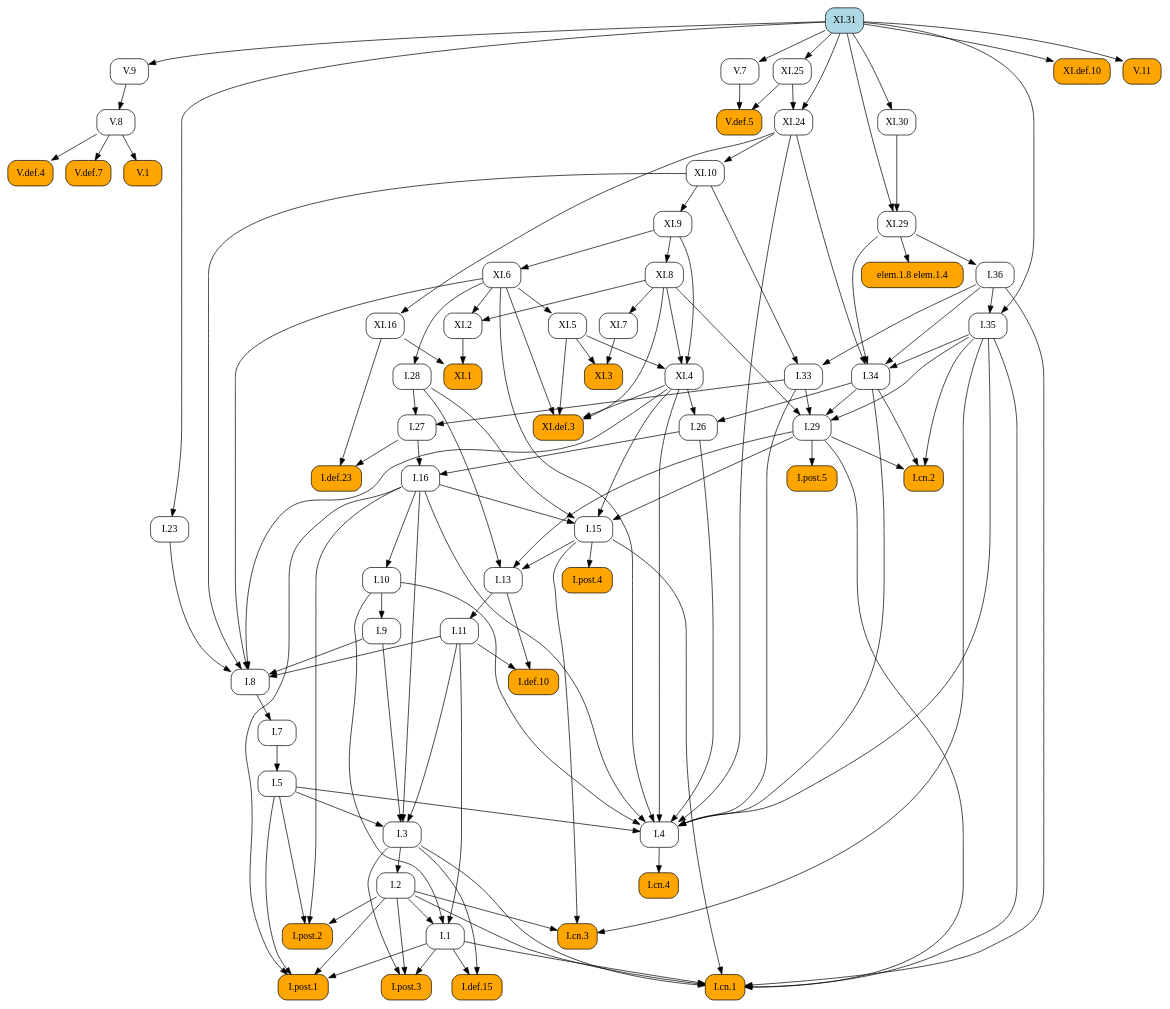
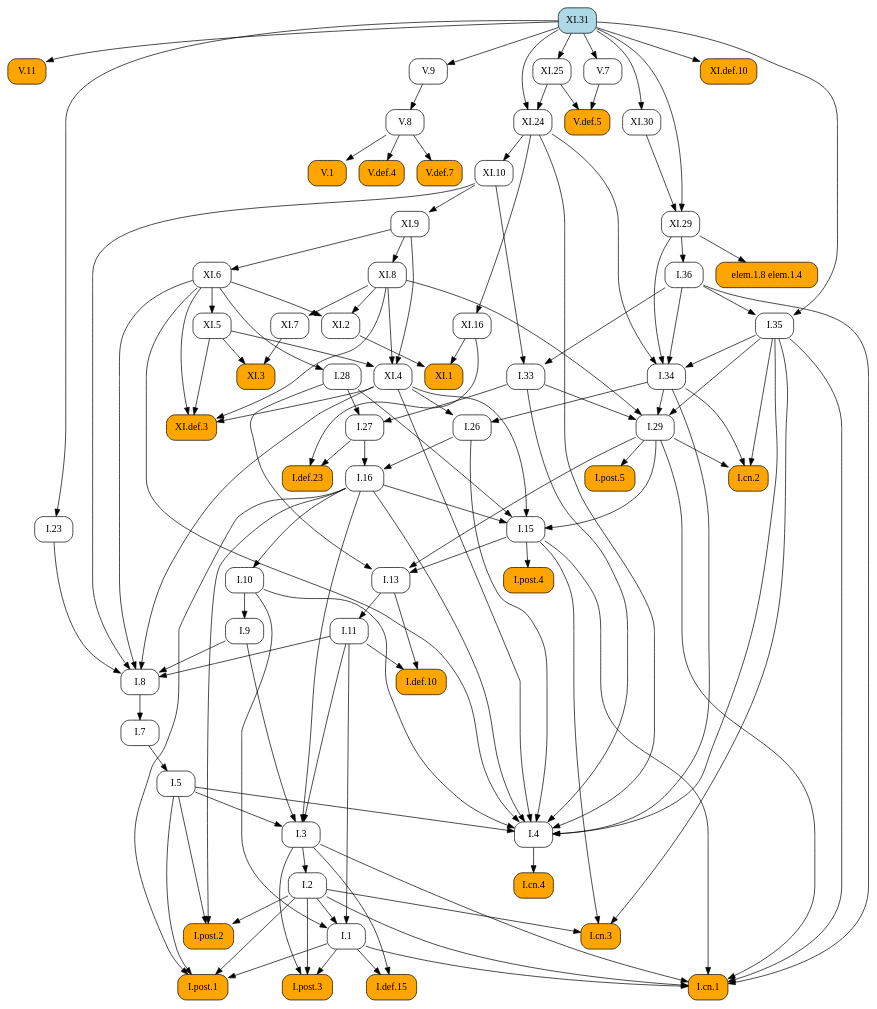
Before and after one commit to geometor/elements: the diagram in docsrc/heath/XI/31/index.rst, drawn with Graphviz. The commit also changed other lines of this file and 1029 other files, not shown here.

```diff
--- a/docsrc/heath/XI/31/index.rst
+++ b/docsrc/heath/XI/31/index.rst
@@ -70,131 +70,143 @@
    digraph {
      rankdir="TB";
      node [shape=box, style=rounded];
+     "I.def.10" [style="rounded,filled", fillcolor=orange, URL="/heath/I/def.10/", target="_top"];
+     "I.11" [URL="/heath/I/11/", target="_top"];
+     "I.post.4" [style="rounded,filled", fillcolor=orange, URL="/heath/I/post.4/", target="_top"];
+     "I.1" [URL="/heath/I/1/", target="_top"];
+     "XI.def.3" [style="rounded,filled", fillcolor=orange, URL="/heath/XI/def.3/", target="_top"];
+     "I.28" [URL="/heath/I/28/", target="_top"];
+     "I.26" [URL="/heath/I/26/", target="_top"];
+     "XI.7" [URL="/heath/XI/7/", target="_top"];
+     "I.29" [URL="/heath/I/29/", target="_top"];
+     "V.def.5" [style="rounded,filled", fillcolor=orange, URL="/heath/V/def.5/", target="_top"];
+     "I.cn.2" [style="rounded,filled", fillcolor=orange, URL="/heath/I/cn.2/", target="_top"];
+     "XI.9" [URL="/heath/XI/9/", target="_top"];
+     "XI.8" [URL="/heath/XI/8/", target="_top"];
+     "V.11" [style="rounded,filled", fillcolor=orange, URL="/heath/V/11/", target="_top"];
+     "XI.30" [URL="/heath/XI/30/", target="_top"];
+     "I.def.15" [style="rounded,filled", fillcolor=orange, URL="/heath/I/def.15/", target="_top"];
+     "I.post.3" [style="rounded,filled", fillcolor=orange, URL="/heath/I/post.3/", target="_top"];
+     "XI.5" [URL="/heath/XI/5/", target="_top"];
+     "XI.1" [style="rounded,filled", fillcolor=orange, URL="/heath/XI/1/", target="_top"];
+     "I.cn.1" [style="rounded,filled", fillcolor=orange, URL="/heath/I/cn.1/", target="_top"];
+     "I.cn.3" [style="rounded,filled", fillcolor=orange, URL="/heath/I/cn.3/", target="_top"];
+     "V.7" [URL="/heath/V/7/", target="_top"];
+     "XI.25" [URL="/heath/XI/25/", target="_top"];
+     "V.9" [URL="/heath/V/9/", target="_top"];
+     "XI.29" [URL="/heath/XI/29/", target="_top"];
+     "XI.2" [URL="/heath/XI/2/", target="_top"];
+     "I.23" [URL="/heath/I/23/", target="_top"];
+     "I.post.1" [style="rounded,filled", fillcolor=orange, URL="/heath/I/post.1/", target="_top"];
+     "XI.6" [URL="/heath/XI/6/", target="_top"];
+     "I.35" [URL="/heath/I/35/", target="_top"];
+     "XI.16" [URL="/heath/XI/16/", target="_top"];
+     "V.8" [URL="/heath/V/8/", target="_top"];
+     "I.36" [URL="/heath/I/36/", target="_top"];
+     "I.27" [URL="/heath/I/27/", target="_top"];
+     "XI.31" [style="rounded,filled", fillcolor=lightblue, URL="/heath/XI/31/", target="_top"];
+     "I.7" [URL="/heath/I/7/", target="_top"];
+     "I.34" [URL="/heath/I/34/", target="_top"];
+     "I.3" [URL="/heath/I/3/", target="_top"];
+     "I.2" [URL="/heath/I/2/", target="_top"];
+     "I.4" [URL="/heath/I/4/", target="_top"];
+     "I.def.23" [style="rounded,filled", fillcolor=orange, URL="/heath/I/def.23/", target="_top"];
+     "elem.1.8 elem.1.4" [style="rounded,filled", fillcolor=orange];
+     "I.13" [URL="/heath/I/13/", target="_top"];
+     "I.33" [URL="/heath/I/33/", target="_top"];
+     "I.5" [URL="/heath/I/5/", target="_top"];
+     "XI.def.10" [style="rounded,filled", fillcolor=orange, URL="/heath/XI/def.10/", target="_top"];
+     "I.post.2" [style="rounded,filled", fillcolor=orange, URL="/heath/I/post.2/", target="_top"];
      "V.1" [style="rounded,filled", fillcolor=orange, URL="/heath/V/1/", target="_top"];
-     "I.cn.3" [style="rounded,filled", fillcolor=orange, URL="/heath/I/cn.3/", target="_top"];
-     "I.29" [URL="/heath/I/29/", target="_top"];
-     "I.7" [URL="/heath/I/7/", target="_top"];
-     "I.27" [URL="/heath/I/27/", target="_top"];
-     "I.def.23" [style="rounded,filled", fillcolor=orange, URL="/heath/I/def.23/", target="_top"];
-     "I.34" [URL="/heath/I/34/", target="_top"];
+     "I.16" [URL="/heath/I/16/", target="_top"];
+     "I.9" [URL="/heath/I/9/", target="_top"];
      "I.8" [URL="/heath/I/8/", target="_top"];
-     "I.9" [URL="/heath/I/9/", target="_top"];
+     "I.cn.4" [style="rounded,filled", fillcolor=orange, URL="/heath/I/cn.4/", target="_top"];
      "V.def.4" [style="rounded,filled", fillcolor=orange, URL="/heath/V/def.4/", target="_top"];
+     "I.15" [URL="/heath/I/15/", target="_top"];
      "XI.4" [URL="/heath/XI/4/", target="_top"];
-     "V.8" [URL="/heath/V/8/", target="_top"];
-     "I.post.4" [style="rounded,filled", fillcolor=orange, URL="/heath/I/post.4/", target="_top"];
-     "I.2" [URL="/heath/I/2/", target="_top"];
-     "V.7" [URL="/heath/V/7/", target="_top"];
-     "I.1" [URL="/heath/I/1/", target="_top"];
-     "I.28" [URL="/heath/I/28/", target="_top"];
-     "I.def.15" [style="rounded,filled", fillcolor=orange, URL="/heath/I/def.15/", target="_top"];
-     "I.post.1" [style="rounded,filled", fillcolor=orange, URL="/heath/I/post.1/", target="_top"];
-     "XI.1" [style="rounded,filled", fillcolor=orange, URL="/heath/XI/1/", target="_top"];
-     "I.cn.4" [style="rounded,filled", fillcolor=orange, URL="/heath/I/cn.4/", target="_top"];
+     "XI.24" [URL="/heath/XI/24/", target="_top"];
+     "I.post.5" [style="rounded,filled", fillcolor=orange, URL="/heath/I/post.5/", target="_top"];
+     "V.def.7" [style="rounded,filled", fillcolor=orange, URL="/heath/V/def.7/", target="_top"];
+     "I.10" [URL="/heath/I/10/", target="_top"];
      "XI.10" [URL="/heath/XI/10/", target="_top"];
-     "I.26" [URL="/heath/I/26/", target="_top"];
-     "I.33" [URL="/heath/I/33/", target="_top"];
-     "XI.31" [style="rounded,filled", fillcolor=lightblue, URL="/heath/XI/31/", target="_top"];
-     "XI.25" [URL="/heath/XI/25/", target="_top"];
-     "V.def.7" [style="rounded,filled", fillcolor=orange, URL="/heath/V/def.7/", target="_top"];
-     "XI.9" [URL="/heath/XI/9/", target="_top"];
-     "I.23" [URL="/heath/I/23/", target="_top"];
-     "I.13" [URL="/heath/I/13/", target="_top"];
-     "I.cn.2" [style="rounded,filled", fillcolor=orange, URL="/heath/I/cn.2/", target="_top"];
-     "I.5" [URL="/heath/I/5/", target="_top"];
-     "I.11" [URL="/heath/I/11/", target="_top"];
-     "XI.def.10" [style="rounded,filled", fillcolor=orange, URL="/heath/XI/def.10/", target="_top"];
-     "I.10" [URL="/heath/I/10/", target="_top"];
-     "I.4" [URL="/heath/I/4/", target="_top"];
-     "XI.5" [URL="/heath/XI/5/", target="_top"];
-     "I.3" [URL="/heath/I/3/", target="_top"];
-     "I.16" [URL="/heath/I/16/", target="_top"];
-     "I.def.10" [style="rounded,filled", fillcolor=orange, URL="/heath/I/def.10/", target="_top"];
-     "V.11" [style="rounded,filled", fillcolor=orange, URL="/heath/V/11/", target="_top"];
-     "XI.def.3" [style="rounded,filled", fillcolor=orange, URL="/heath/XI/def.3/", target="_top"];
-     "XI.29" [URL="/heath/XI/29/", target="_top"];
-     "I.post.2" [style="rounded,filled", fillcolor=orange, URL="/heath/I/post.2/", target="_top"];
-     "XI.2" [URL="/heath/XI/2/", target="_top"];
-     "I.post.3" [style="rounded,filled", fillcolor=orange, URL="/heath/I/post.3/", target="_top"];
-     "I.post.5" [style="rounded,filled", fillcolor=orange, URL="/heath/I/post.5/", target="_top"];
-     "V.9" [URL="/heath/V/9/", target="_top"];
-     "XI.30" [URL="/heath/XI/30/", target="_top"];
-     "XI.6" [URL="/heath/XI/6/", target="_top"];
      "XI.3" [style="rounded,filled", fillcolor=orange, URL="/heath/XI/3/", target="_top"];
-     "XI.7" [URL="/heath/XI/7/", target="_top"];
-     "I.36" [URL="/heath/I/36/", target="_top"];
-     "I.35" [URL="/heath/I/35/", target="_top"];
-     "I.15" [URL="/heath/I/15/", target="_top"];
-     "XI.24" [URL="/heath/XI/24/", target="_top"];
-     "I.cn.1" [style="rounded,filled", fillcolor=orange, URL="/heath/I/cn.1/", target="_top"];
-     "elem.1.8 elem.1.4" [style="rounded,filled", fillcolor=orange];
-     "XI.8" [URL="/heath/XI/8/", target="_top"];
-     "V.def.5" [style="rounded,filled", fillcolor=orange, URL="/heath/V/def.5/", target="_top"];
-     "XI.16" [URL="/heath/XI/16/", target="_top"];
-     "V.8" -> "V.1";
-     "I.2" -> "I.cn.3";
-     "I.15" -> "I.cn.3";
-     "I.35" -> "I.cn.3";
+     "I.11" -> "I.def.10";
+     "I.13" -> "I.def.10";
+     "I.13" -> "I.11";
+     "I.15" -> "I.post.4";
+     "I.2" -> "I.1";
+     "I.10" -> "I.1";
+     "I.11" -> "I.1";
+     "XI.4" -> "XI.def.3";
+     "XI.5" -> "XI.def.3";
+     "XI.6" -> "XI.def.3";
+     "XI.8" -> "XI.def.3";
+     "XI.6" -> "I.28";
+     "I.34" -> "I.26";
+     "XI.4" -> "I.26";
+     "XI.8" -> "XI.7";
      "I.33" -> "I.29";
      "I.34" -> "I.29";
      "I.35" -> "I.29";
      "XI.8" -> "I.29";
-     "I.8" -> "I.7";
+     "V.7" -> "V.def.5";
+     "XI.25" -> "V.def.5";
+     "I.29" -> "I.cn.2";
+     "I.34" -> "I.cn.2";
+     "I.35" -> "I.cn.2";
+     "XI.10" -> "XI.9";
+     "XI.9" -> "XI.8";
+     "XI.31" -> "V.11";
+     "XI.31" -> "XI.30";
+     "I.1" -> "I.def.15";
+     "I.3" -> "I.def.15";
+     "I.1" -> "I.post.3";
+     "I.2" -> "I.post.3";
+     "I.3" -> "I.post.3";
+     "XI.6" -> "XI.5";
+     "XI.2" -> "XI.1";
+     "XI.16" -> "XI.1";
+     "I.1" -> "I.cn.1";
+     "I.2" -> "I.cn.1";
+     "I.3" -> "I.cn.1";
+     "I.15" -> "I.cn.1";
+     "I.29" -> "I.cn.1";
+     "I.35" -> "I.cn.1";
+     "I.36" -> "I.cn.1";
+     "I.2" -> "I.cn.3";
+     "I.15" -> "I.cn.3";
+     "I.35" -> "I.cn.3";
+     "XI.31" -> "V.7";
+     "XI.31" -> "XI.25";
+     "XI.31" -> "V.9";
+     "XI.30" -> "XI.29";
+     "XI.31" -> "XI.29";
+     "XI.6" -> "XI.2";
+     "XI.8" -> "XI.2";
+     "XI.31" -> "I.23";
+     "I.1" -> "I.post.1";
+     "I.2" -> "I.post.1";
+     "I.5" -> "I.post.1";
+     "I.16" -> "I.post.1";
+     "XI.9" -> "XI.6";
+     "I.36" -> "I.35";
+     "XI.31" -> "I.35";
+     "XI.24" -> "XI.16";
+     "V.9" -> "V.8";
+     "XI.29" -> "I.36";
      "I.28" -> "I.27";
      "I.33" -> "I.27";
-     "I.27" -> "I.def.23";
-     "XI.16" -> "I.def.23";
+     "I.8" -> "I.7";
      "I.35" -> "I.34";
      "I.36" -> "I.34";
      "XI.24" -> "I.34";
      "XI.29" -> "I.34";
-     "I.9" -> "I.8";
-     "I.11" -> "I.8";
-     "I.23" -> "I.8";
-     "XI.4" -> "I.8";
-     "XI.6" -> "I.8";
-     "XI.10" -> "I.8";
-     "I.10" -> "I.9";
-     "V.8" -> "V.def.4";
-     "XI.5" -> "XI.4";
-     "XI.8" -> "XI.4";
-     "XI.9" -> "XI.4";
-     "V.9" -> "V.8";
-     "I.15" -> "I.post.4";
+     "I.5" -> "I.3";
+     "I.9" -> "I.3";
+     "I.11" -> "I.3";
+     "I.16" -> "I.3";
      "I.3" -> "I.2";
-     "XI.31" -> "V.7";
-     "I.2" -> "I.1";
-     "I.10" -> "I.1";
-     "I.11" -> "I.1";
-     "XI.6" -> "I.28";
-     "I.1" -> "I.def.15";
-     "I.3" -> "I.def.15";
-     "I.1" -> "I.post.1";
-     "I.2" -> "I.post.1";
-     "I.5" -> "I.post.1";
-     "I.16" -> "I.post.1";
-     "XI.2" -> "XI.1";
-     "XI.16" -> "XI.1";
-     "I.4" -> "I.cn.4";
-     "XI.24" -> "XI.10";
-     "I.34" -> "I.26";
-     "XI.4" -> "I.26";
-     "I.36" -> "I.33";
-     "XI.10" -> "I.33";
-     "XI.31" -> "XI.25";
-     "V.8" -> "V.def.7";
-     "XI.10" -> "XI.9";
-     "XI.31" -> "I.23";
-     "I.15" -> "I.13";
-     "I.28" -> "I.13";
-     "I.29" -> "I.13";
-     "I.29" -> "I.cn.2";
-     "I.34" -> "I.cn.2";
-     "I.35" -> "I.cn.2";
-     "I.7" -> "I.5";
-     "I.13" -> "I.11";
-     "XI.31" -> "XI.def.10";
-     "I.16" -> "I.10";
      "I.5" -> "I.4";
      "I.10" -> "I.4";
      "I.16" -> "I.4";
@@ -205,56 +217,44 @@
      "XI.4" -> "I.4";
      "XI.6" -> "I.4";
      "XI.24" -> "I.4";
-     "XI.6" -> "XI.5";
-     "I.5" -> "I.3";
-     "I.9" -> "I.3";
-     "I.11" -> "I.3";
-     "I.16" -> "I.3";
-     "I.26" -> "I.16";
-     "I.27" -> "I.16";
-     "I.11" -> "I.def.10";
-     "I.13" -> "I.def.10";
-     "XI.31" -> "V.11";
-     "XI.4" -> "XI.def.3";
-     "XI.5" -> "XI.def.3";
-     "XI.6" -> "XI.def.3";
-     "XI.8" -> "XI.def.3";
-     "XI.30" -> "XI.29";
-     "XI.31" -> "XI.29";
+     "I.27" -> "I.def.23";
+     "XI.16" -> "I.def.23";
+     "XI.29" -> "elem.1.8 elem.1.4";
+     "I.15" -> "I.13";
+     "I.28" -> "I.13";
+     "I.29" -> "I.13";
+     "I.36" -> "I.33";
+     "XI.10" -> "I.33";
+     "I.7" -> "I.5";
+     "XI.31" -> "XI.def.10";
      "I.2" -> "I.post.2";
      "I.5" -> "I.post.2";
      "I.16" -> "I.post.2";
-     "XI.6" -> "XI.2";
-     "XI.8" -> "XI.2";
-     "I.1" -> "I.post.3";
-     "I.2" -> "I.post.3";
-     "I.3" -> "I.post.3";
-     "I.29" -> "I.post.5";
-     "XI.31" -> "V.9";
-     "XI.31" -> "XI.30";
-     "XI.9" -> "XI.6";
-     "XI.5" -> "XI.3";
-     "XI.7" -> "XI.3";
-     "XI.8" -> "XI.7";
-     "XI.29" -> "I.36";
-     "I.36" -> "I.35";
-     "XI.31" -> "I.35";
+     "V.8" -> "V.1";
+     "I.26" -> "I.16";
+     "I.27" -> "I.16";
+     "I.10" -> "I.9";
+     "I.9" -> "I.8";
+     "I.11" -> "I.8";
+     "I.23" -> "I.8";
+     "XI.4" -> "I.8";
+     "XI.6" -> "I.8";
+     "XI.10" -> "I.8";
+     "I.4" -> "I.cn.4";
+     "V.8" -> "V.def.4";
      "I.16" -> "I.15";
      "I.28" -> "I.15";
      "I.29" -> "I.15";
      "XI.4" -> "I.15";
+     "XI.5" -> "XI.4";
+     "XI.8" -> "XI.4";
+     "XI.9" -> "XI.4";
      "XI.25" -> "XI.24";
      "XI.31" -> "XI.24";
-     "I.1" -> "I.cn.1";
-     "I.2" -> "I.cn.1";
-     "I.3" -> "I.cn.1";
-     "I.15" -> "I.cn.1";
-     "I.29" -> "I.cn.1";
-     "I.35" -> "I.cn.1";
-     "I.36" -> "I.cn.1";
-     "XI.29" -> "elem.1.8 elem.1.4";
-     "XI.9" -> "XI.8";
-     "V.7" -> "V.def.5";
-     "XI.25" -> "V.def.5";
-     "XI.24" -> "XI.16";
+     "I.29" -> "I.post.5";
+     "V.8" -> "V.def.7";
+     "I.16" -> "I.10";
+     "XI.24" -> "XI.10";
+     "XI.5" -> "XI.3";
+     "XI.7" -> "XI.3";
    }
```
